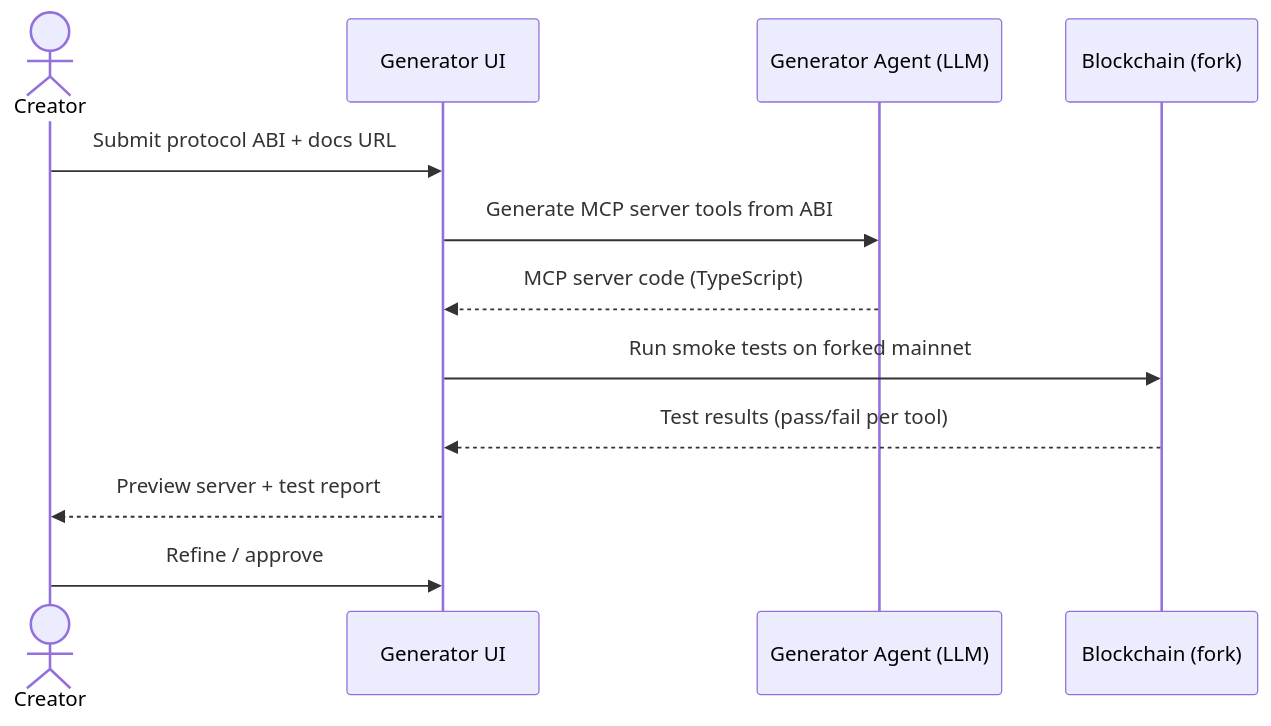
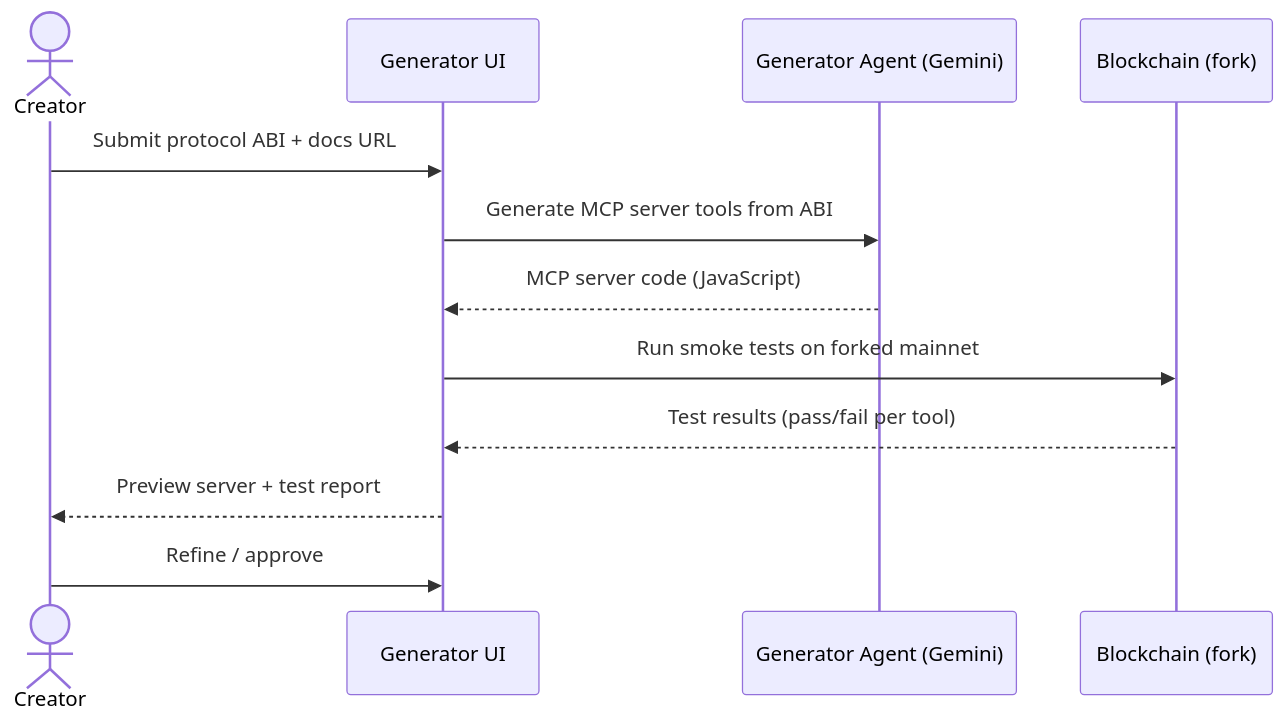
One commit to imajus/cryptopus changed the first of 2 diagrams in docs/Requirements.md. Above: the diagram before and after it, drawn with Mermaid. The commit also changed other lines of this file and 2 other files, not shown here.

Commit message:
Switch generator from Claude API to Gemini API and from TypeScript to JavaScript across all docs.

````diff
--- a/docs/Requirements.md
+++ b/docs/Requirements.md
@@ -36,15 +37,15 @@
 ```mermaid
 sequenceDiagram
     actor Creator
     participant UI as Generator UI
-    participant LLM as Generator Agent (LLM)
+    participant LLM as Generator Agent (Gemini)
     participant Chain as Blockchain (fork)
 
     Creator->>UI: Submit protocol ABI + docs URL
     UI->>LLM: Generate MCP server tools from ABI
-    LLM-->>UI: MCP server code (TypeScript)
+    LLM-->>UI: MCP server code (JavaScript)
     UI->>Chain: Run smoke tests on forked mainnet
     Chain-->>UI: Test results (pass/fail per tool)
     UI-->>Creator: Preview server + test report
     Creator->>UI: Refine / approve
 ```
````
